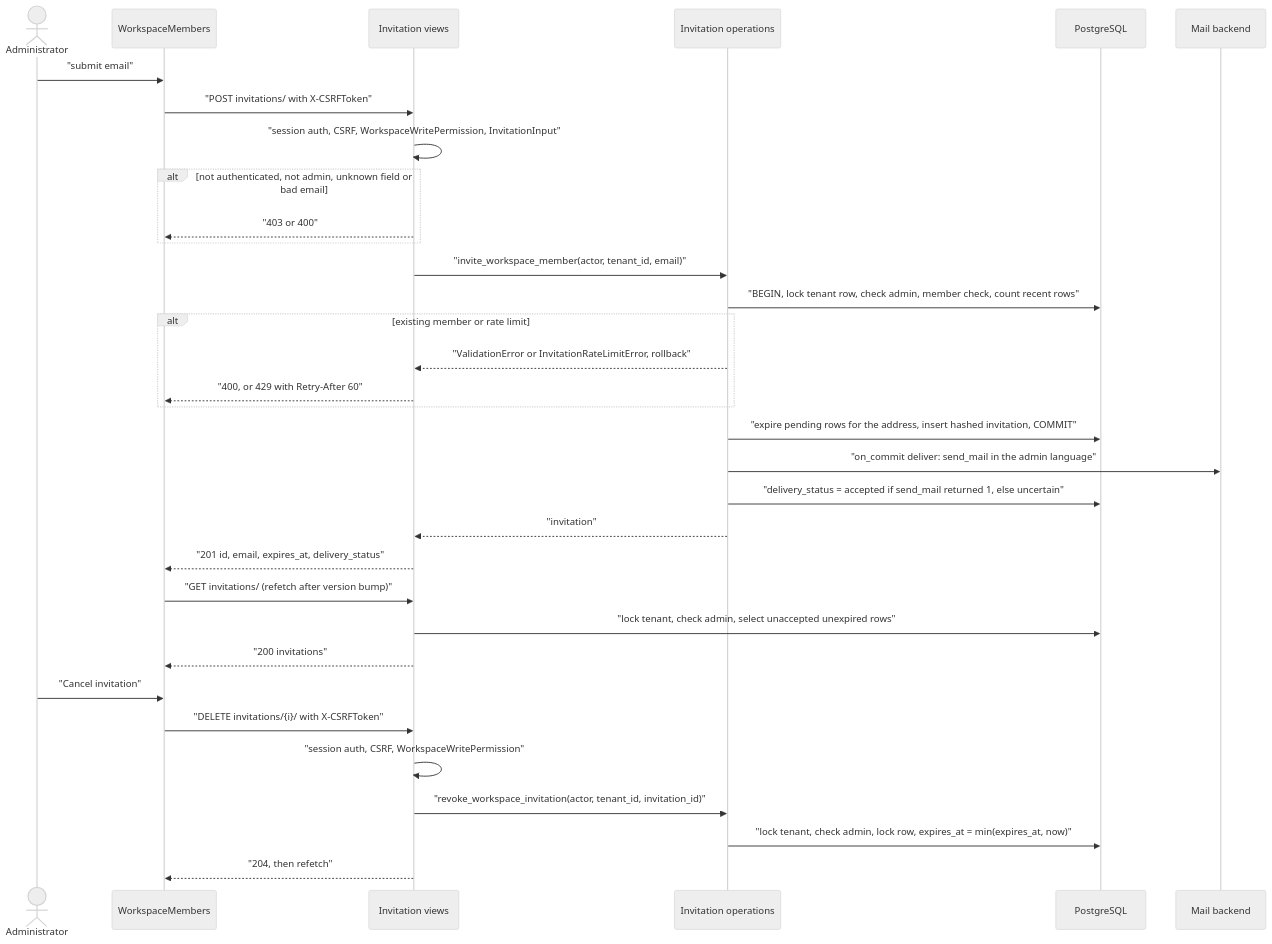
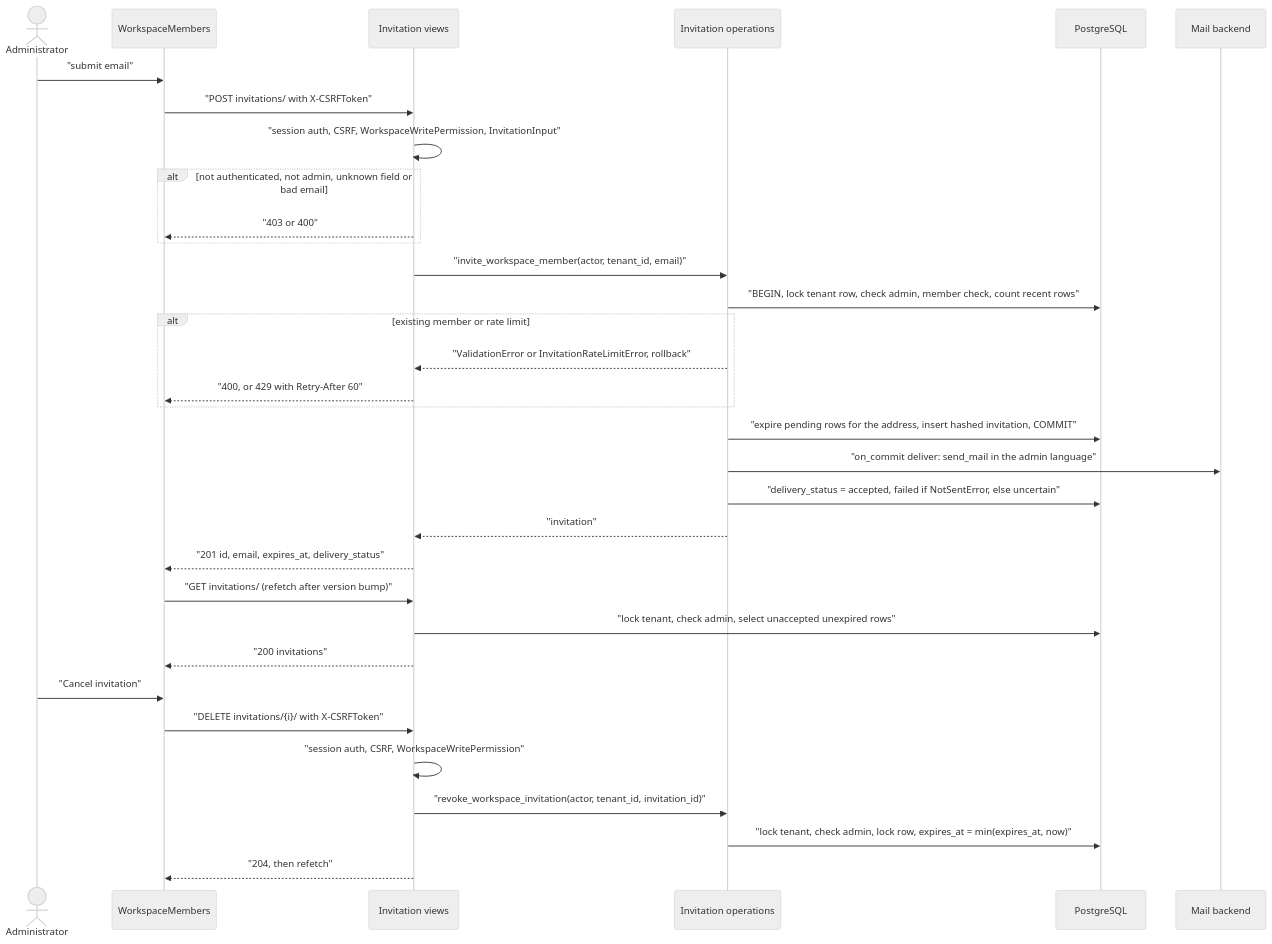
Before and after one commit to erkurtharun/pyracast: the diagram in docs/flows/member-invitation.md, drawn with Mermaid (neutral theme). The commit also changed other lines of this file and 11 other files, not shown here.

````diff
--- a/docs/flows/member-invitation.md
+++ b/docs/flows/member-invitation.md
@@ -13,35 +13,35 @@
 ```mermaid
 sequenceDiagram
     actor A as Administrator
     participant UI as WorkspaceMembers
     participant V as Invitation views
     participant Op as Invitation operations
     participant DB as PostgreSQL
     participant M as Mail backend
     A->>UI: "submit email"
     UI->>V: "POST invitations/ with X-CSRFToken"
     V->>V: "session auth, CSRF, WorkspaceWritePermission, InvitationInput"
     alt not authenticated, not admin, unknown field or bad email
         V-->>UI: "403 or 400"
     end
     V->>Op: "invite_workspace_member(actor, tenant_id, email)"
     Op->>DB: "BEGIN, lock tenant row, check admin, member check, count recent rows"
     alt existing member or rate limit
         Op-->>V: "ValidationError or InvitationRateLimitError, rollback"
         V-->>UI: "400, or 429 with Retry-After 60"
     end
     Op->>DB: "expire pending rows for the address, insert hashed invitation, COMMIT"
     Op->>M: "on_commit deliver: send_mail in the admin language"
-    Op->>DB: "delivery_status = accepted if send_mail returned 1, else uncertain"
+    Op->>DB: "delivery_status = accepted, failed if NotSentError, else uncertain"
     Op-->>V: "invitation"
     V-->>UI: "201 id, email, expires_at, delivery_status"
     UI->>V: "GET invitations/ (refetch after version bump)"
     V->>DB: "lock tenant, check admin, select unaccepted unexpired rows"
     V-->>UI: "200 invitations"
     A->>UI: "Cancel invitation"
     UI->>V: "DELETE invitations/{i}/ with X-CSRFToken"
     V->>V: "session auth, CSRF, WorkspaceWritePermission"
     V->>Op: "revoke_workspace_invitation(actor, tenant_id, invitation_id)"
     Op->>DB: "lock tenant, check admin, lock row, expires_at = min(expires_at, now)"
     V-->>UI: "204, then refetch"
 ```
````
